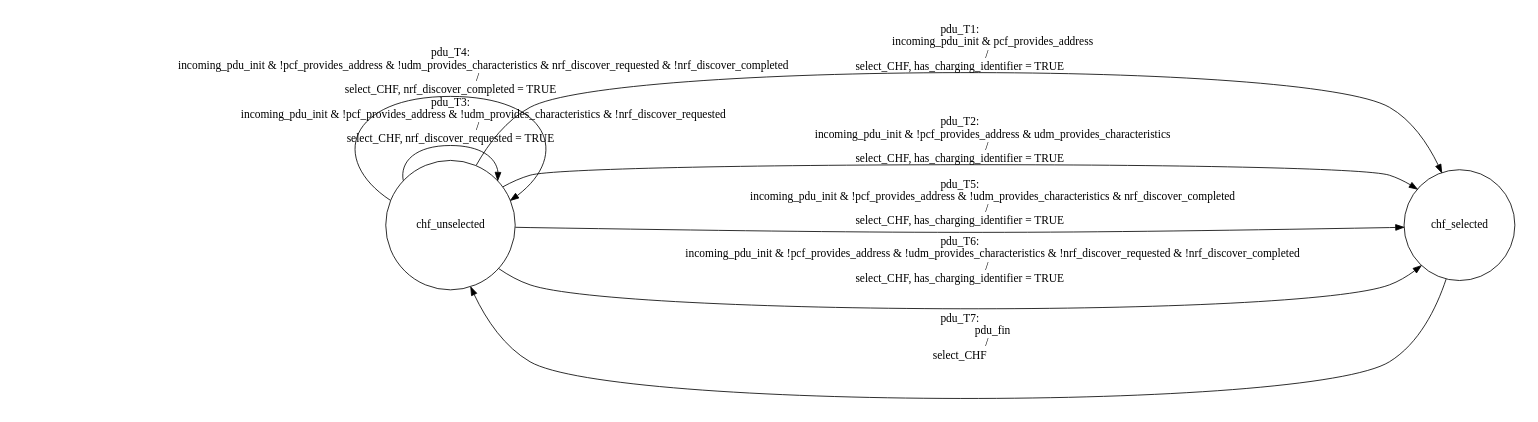
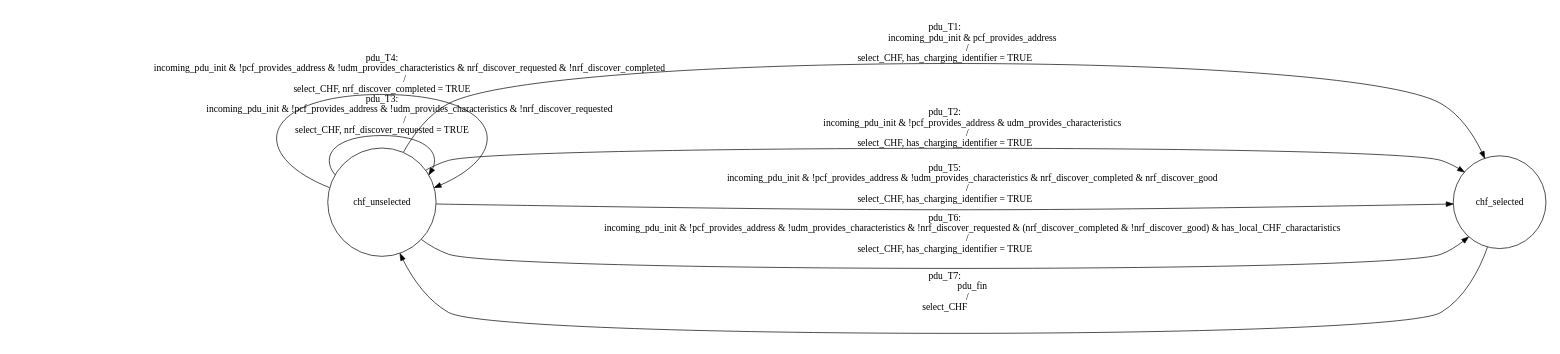
One commit to lyonthezhang/CHFInspector changed the diagram in SMF.dot. Above: the diagram before and after it, drawn with Graphviz. The commit also changed 3 other files, not shown here.

```diff
--- a/SMF.dot
+++ b/SMF.dot
@@ -1,34 +1,34 @@
 digraph SMF{
 rankdir = LR;
 size = "8,5"
 node [shape = circle, label="chf_unselected"]chf_unselected;
 node [shape = circle, label="chf_selected"]chf_selected;
 chf_unselected -> chf_selected [label = "pdu_T1: 
                         incoming_pdu_init & pcf_provides_address
                     /
 select_CHF, has_charging_identifier = TRUE"]
 chf_unselected -> chf_selected [label = "pdu_T2: 
                         incoming_pdu_init & !pcf_provides_address & udm_provides_characteristics
                     /
 select_CHF, has_charging_identifier = TRUE"]
 chf_unselected -> chf_unselected [label = "pdu_T3: 
                         incoming_pdu_init & !pcf_provides_address & !udm_provides_characteristics & !nrf_discover_requested
                     /
 select_CHF, nrf_discover_requested = TRUE"]
 chf_unselected -> chf_unselected [label = "pdu_T4: 
                         incoming_pdu_init & !pcf_provides_address & !udm_provides_characteristics & nrf_discover_requested & !nrf_discover_completed
                     /
 select_CHF, nrf_discover_completed = TRUE"]
 chf_unselected -> chf_selected [label = "pdu_T5: 
-                        incoming_pdu_init & !pcf_provides_address & !udm_provides_characteristics & nrf_discover_completed
+                        incoming_pdu_init & !pcf_provides_address & !udm_provides_characteristics & nrf_discover_completed & nrf_discover_good
                     /
 select_CHF, has_charging_identifier = TRUE"]
 chf_unselected -> chf_selected [label = "pdu_T6: 
-                        incoming_pdu_init & !pcf_provides_address & !udm_provides_characteristics & !nrf_discover_requested & !nrf_discover_completed
+                        incoming_pdu_init & !pcf_provides_address & !udm_provides_characteristics & !nrf_discover_requested & (nrf_discover_completed & !nrf_discover_good) & has_local_CHF_charactaristics
                     /
 select_CHF, has_charging_identifier = TRUE"]
 chf_selected -> chf_unselected [label = "pdu_T7: 
                         pdu_fin
                     /
 select_CHF"]
 }
```
